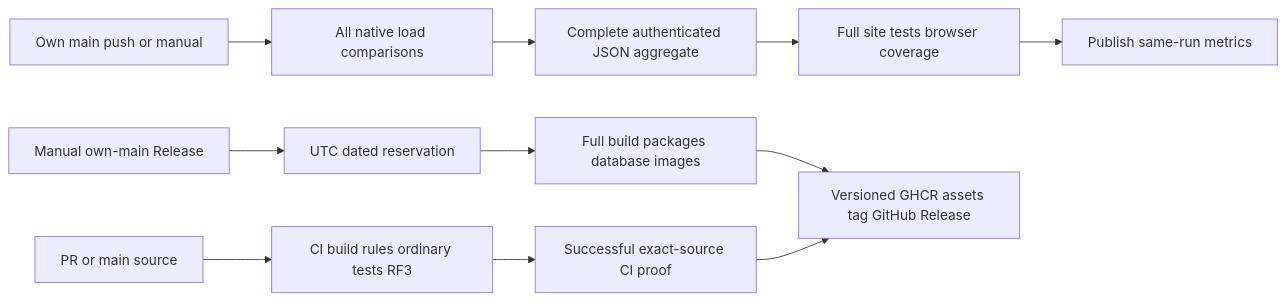
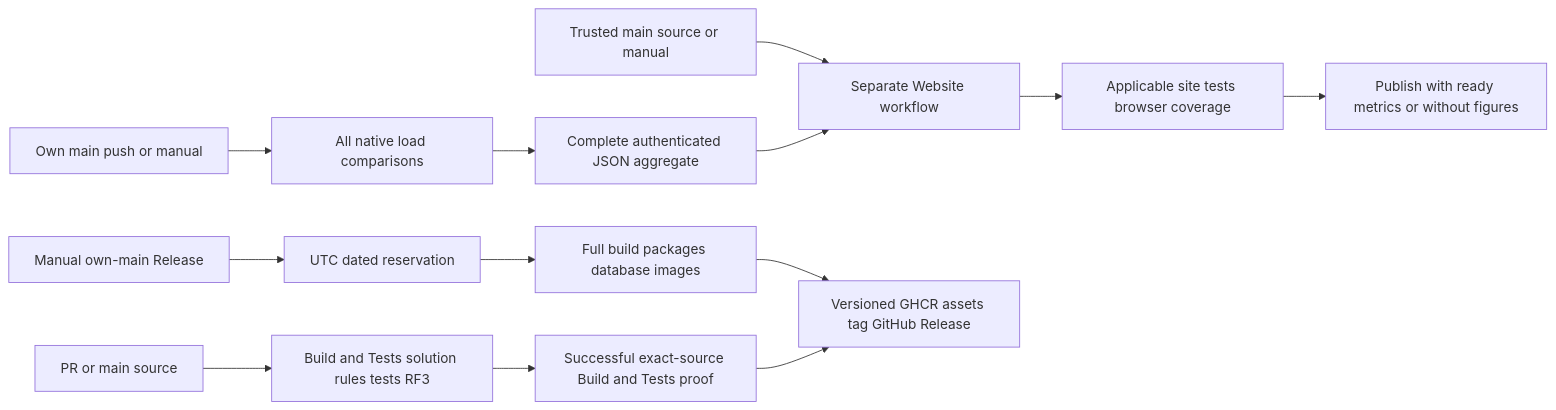
The second of 2 diagrams in docs/Features/ReleaseDelivery.md (managedcode/KeyLoad), drawn with Mermaid before and after one commit. The commit also changed other lines of this file and 34 other files, not shown here.

Commit message:
Separate Website publication from Build and Tests

````diff
--- a/docs/Features/ReleaseDelivery.md
+++ b/docs/Features/ReleaseDelivery.md
@@ -53,13 +54,15 @@
 ```mermaid
 flowchart LR
-    PR[PR or main source] --> CI[CI build rules ordinary tests RF3]
+    PR[PR or main source] --> CI[Build and Tests solution rules tests RF3]
     Main[Own main push or manual] --> Benchmarks[All native load comparisons]
     Benchmarks --> Aggregate[Complete authenticated JSON aggregate]
-    Aggregate --> Qualify[Full site tests browser coverage]
-    Qualify --> Deploy[Publish same-run metrics]
+    WebSource[Trusted main source or manual] --> Website[Separate Website workflow]
+    Aggregate --> Website
+    Website --> Qualify[Applicable site tests browser coverage]
+    Qualify --> Deploy[Publish with ready metrics or without figures]
     Manual[Manual own-main Release] --> Version[UTC dated reservation]
     Version --> Build[Full build packages database images]
-    CI --> SourceGate[Successful exact-source CI proof]
+    CI --> SourceGate[Successful exact-source Build and Tests proof]
     Build --> Publish[Versioned GHCR assets tag GitHub Release]
     SourceGate --> Publish
 ```
````
